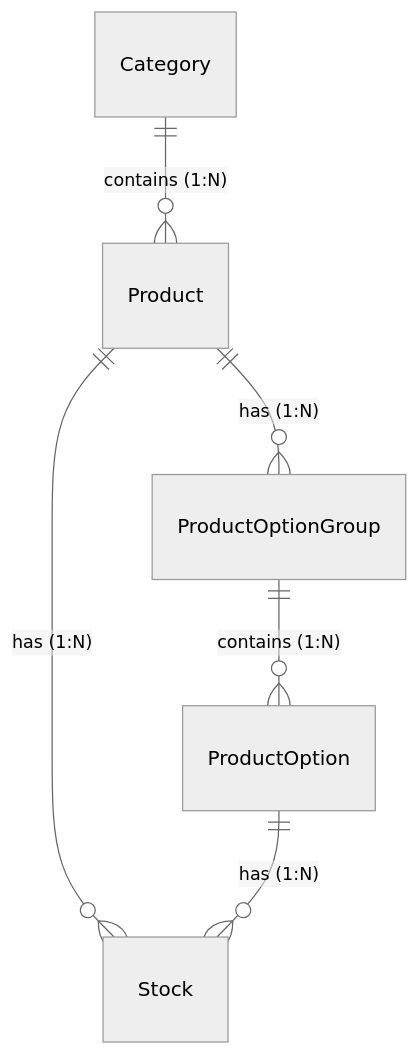
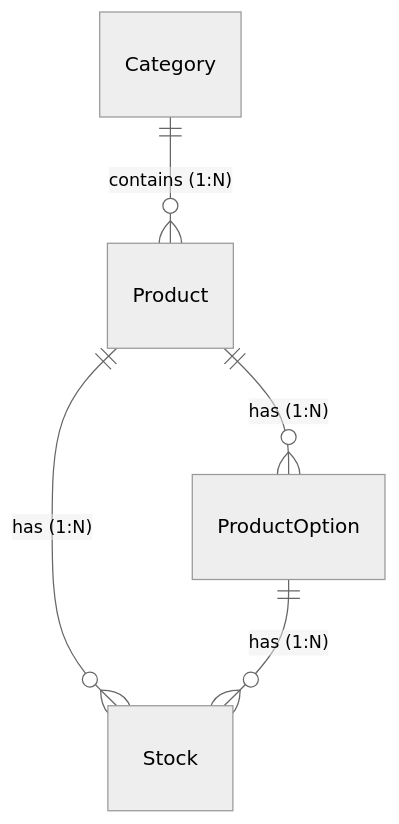
One commit to ywj3493/hhplus-e-commerce changed the ninth of 13 diagrams in docs/dev/dashboard/data-model.md. Above: the diagram before and after it, drawn with Mermaid (neutral theme). The commit also changed other lines of this file and 4 other files, not shown here.

````diff
--- a/docs/dev/dashboard/data-model.md
+++ b/docs/dev/dashboard/data-model.md
@@ -1208,8 +1136,7 @@
 ```mermaid
 erDiagram
     Category ||--o{ Product : "contains (1:N)"
-    Product ||--o{ ProductOptionGroup : "has (1:N)"
+    Product ||--o{ ProductOption : "has (1:N)"
     Product ||--o{ Stock : "has (1:N)"
-    ProductOptionGroup ||--o{ ProductOption : "contains (1:N)"
     ProductOption ||--o{ Stock : "has (1:N)"
 ```
````
